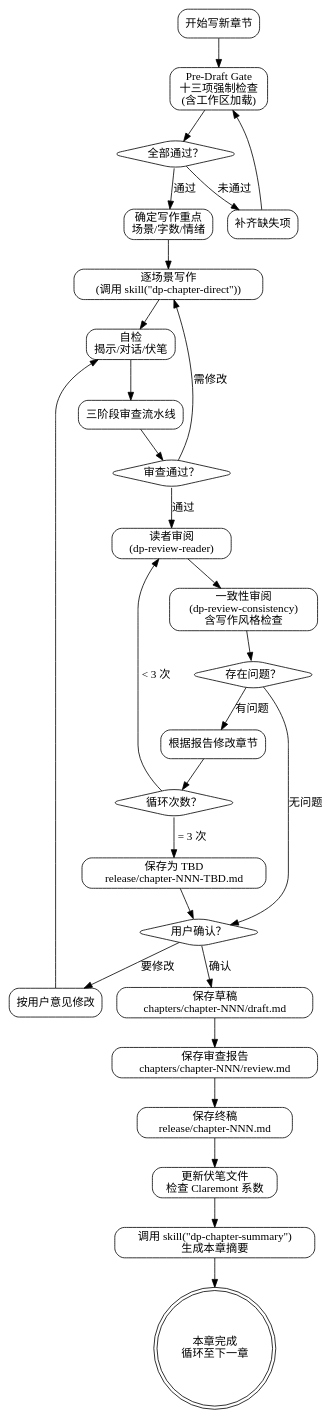
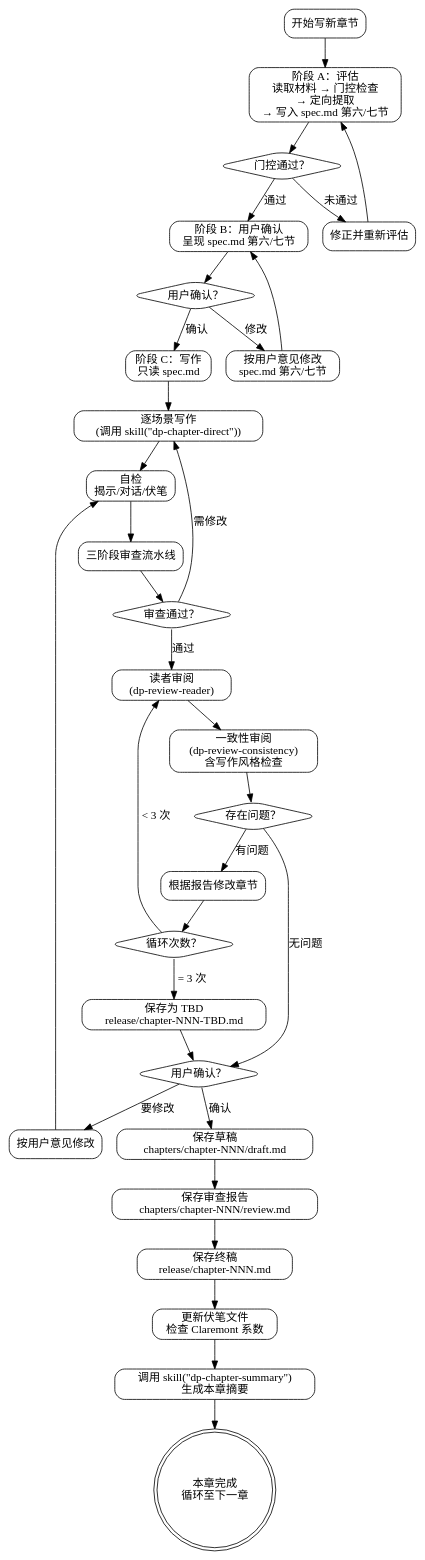
The third of 3 diagrams in skills/dp-chapter-draft/SKILL.md (skyfiredao/dreampowers), drawn with Graphviz before and after one commit. The commit also changed other lines of this file and 16 other files, not shown here.

````diff
--- a/skills/dp-chapter-draft/SKILL.md
+++ b/skills/dp-chapter-draft/SKILL.md
@@ -443,63 +485,70 @@
 ```dot
 digraph chapter_draft {
     rankdir=TB;
     node [shape=box, style=rounded];
 
     start [label="开始写新章节"];
-    gate [label="Pre-Draft Gate\n十三项强制检查\n(含工作区加载)"];
-    gate_pass [label="全部通过？" shape=diamond];
-    fix_gate [label="补齐缺失项"];
-    plan [label="确定写作重点\n场景/字数/情绪"];
+    gate_a [label="阶段 A：评估\n读取材料 → 门控检查\n→ 定向提取\n→ 写入 spec.md 第六/七节"];
+    gate_pass [label="门控通过？" shape=diamond];
+    fix_gate [label="修正并重新评估"];
+    gate_b [label="阶段 B：用户确认\n呈现 spec.md 第六/七节"];
+    user_gate [label="用户确认？" shape=diamond];
+    user_gate_fix [label="按用户意见修改\nspec.md 第六/七节"];
+    gate_c [label="阶段 C：写作\n只读 spec.md"];
     write [label="逐场景写作\n(调用 skill(\"dp-chapter-direct\"))"];
     self_check [label="自检\n揭示/对话/伏笔"];
 
     review [label="三阶段审查流水线"];
     review_pass [label="审查通过？" shape=diamond];
 
     ext_reader [label="读者审阅\n(dp-review-reader)"];
     ext_consistency [label="一致性审阅\n(dp-review-consistency)\n含写作风格检查"];
     ext_issue [label="存在问题？" shape=diamond];
     ext_fix [label="根据报告修改章节"];
     ext_count [label="循环次数？" shape=diamond];
     tbd [label="保存为 TBD\nrelease/chapter-NNN-TBD.md"];
 
     user [label="用户确认？" shape=diamond];
     user_fix [label="按用户意见修改"];
     save_draft [label="保存草稿\nchapters/chapter-NNN/draft.md"];
     save_review [label="保存审查报告\nchapters/chapter-NNN/review.md"];
     save_release [label="保存终稿\nrelease/chapter-NNN.md"];
     update_thread [label="更新伏笔文件\n检查 Claremont 系数"];
     summary [label="调用 skill(\"dp-chapter-summary\")\n生成本章摘要"];
     done [label="本章完成\n循环至下一章" shape=doublecircle];
 
-    start -> gate;
-    gate -> gate_pass;
-    gate_pass -> plan [label="通过"];
+    start -> gate_a;
+    gate_a -> gate_pass;
+    gate_pass -> gate_b [label="通过"];
     gate_pass -> fix_gate [label="未通过"];
-    fix_gate -> gate;
-    plan -> write;
+    fix_gate -> gate_a;
+    gate_b -> user_gate;
+    user_gate -> gate_c [label="确认"];
+    user_gate -> user_gate_fix [label="修改"];
+    user_gate_fix -> gate_b;
+    gate_c -> write;
     write -> self_check;
     self_check -> review;
     review -> review_pass;
     review_pass -> ext_reader [label="通过"];
     review_pass -> write [label="需修改"];
 
     ext_reader -> ext_consistency;
     ext_consistency -> ext_issue;
     ext_issue -> user [label="无问题"];
     ext_issue -> ext_fix [label="有问题"];
     ext_fix -> ext_count;
     ext_count -> ext_reader [label="< 3 次"];
     ext_count -> tbd [label="= 3 次"];
     tbd -> user;
 
     user -> save_draft [label="确认"];
     user -> user_fix [label="要修改"];
     user_fix -> self_check;
     save_draft -> save_review;
     save_review -> save_release;
     save_release -> update_thread;
     update_thread -> summary;
     summary -> done;
 }
 ```
````
